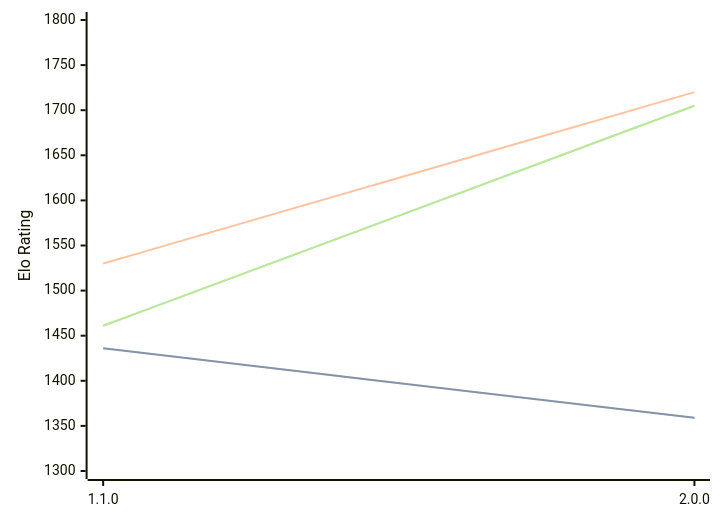
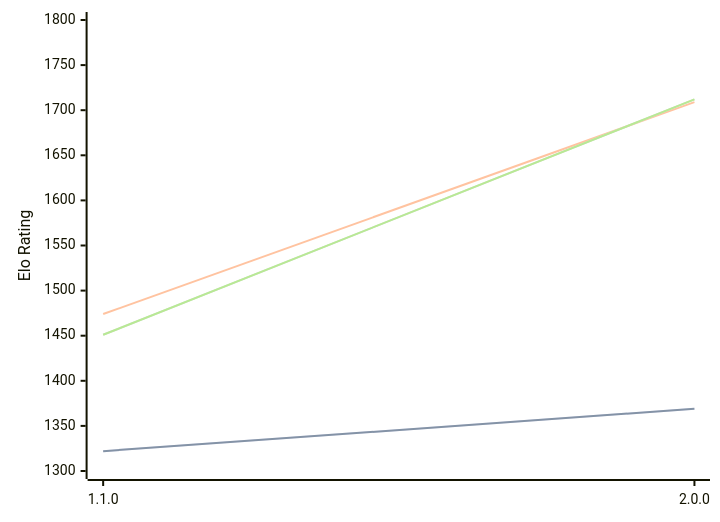
The diagram in engines/Laura.md (computer-chess-index/cci), drawn with Mermaid before and after one commit. The commit also changed other lines of this file, not shown here.

Commit message:
Update CCI Ratings (ELO VLTC) - 2026-04-25

````diff
--- a/engines/Laura.md
+++ b/engines/Laura.md
@@ -33,11 +33,11 @@
 ```mermaid
 %%{init: {"theme":"base","themeVariables":{"seriesColors:['#a3a3a3','#222221','#faa371']}}}%%
 xychart-beta
   x-axis ["1.1.0", "2.0.0"]
   y-axis "Elo Rating" 1300 --> 1800
-  line "STC (8.0+0.08s)" [1436, 1359]
-  line "STC (8.0+0.08s)" [1436, 1359]
-  line "LTC (60.0+0.60s)" [1530, 1720]
-  line "VLTC (2m24s+1.12s)" [1461, 1705]
-  line "VLTC (2m24s+1.12s)" [1461, 1705]
+  line "STC (8.0+0.08s)" [1322, 1369]
+  line "STC (8.0+0.08s)" [1322, 1369]
+  line "LTC (60.0+0.60s)" [1474, 1709]
+  line "VLTC (2m24s+1.12s)" [1451, 1712]
+  line "VLTC (2m24s+1.12s)" [1451, 1712]
 ```
````
